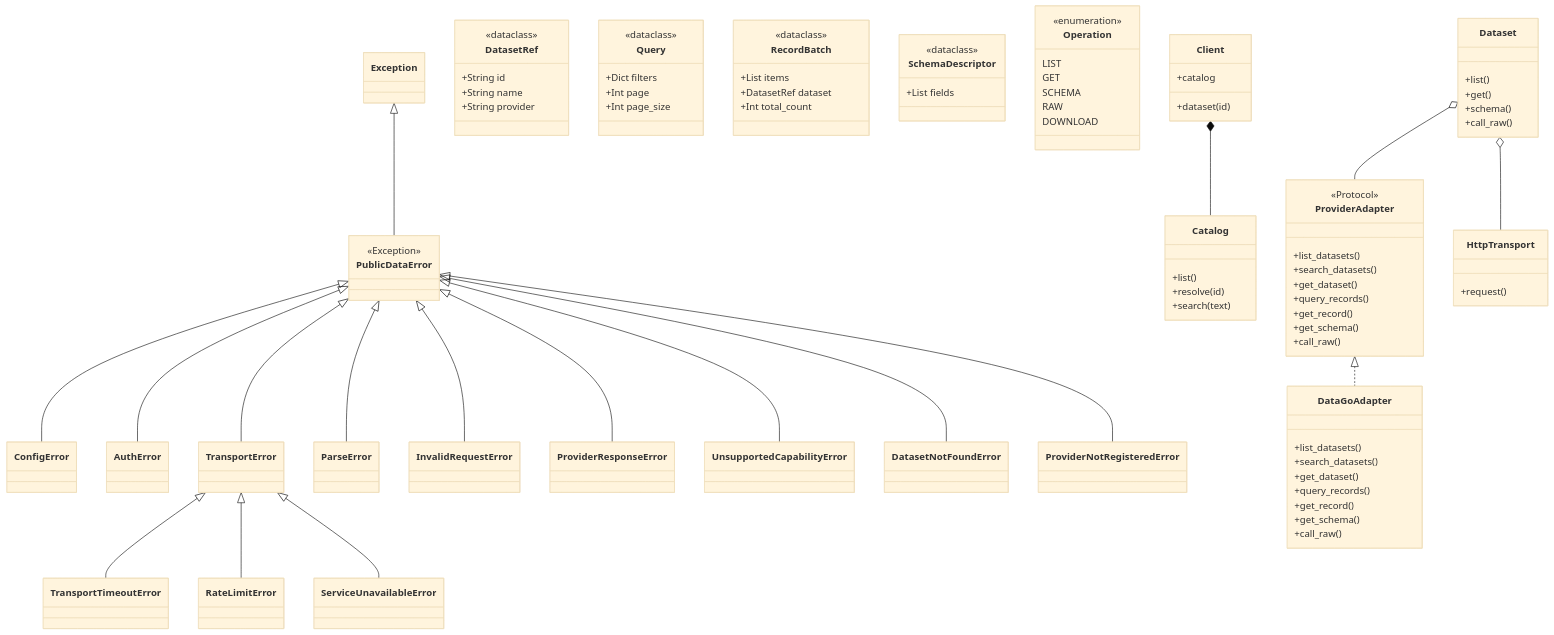
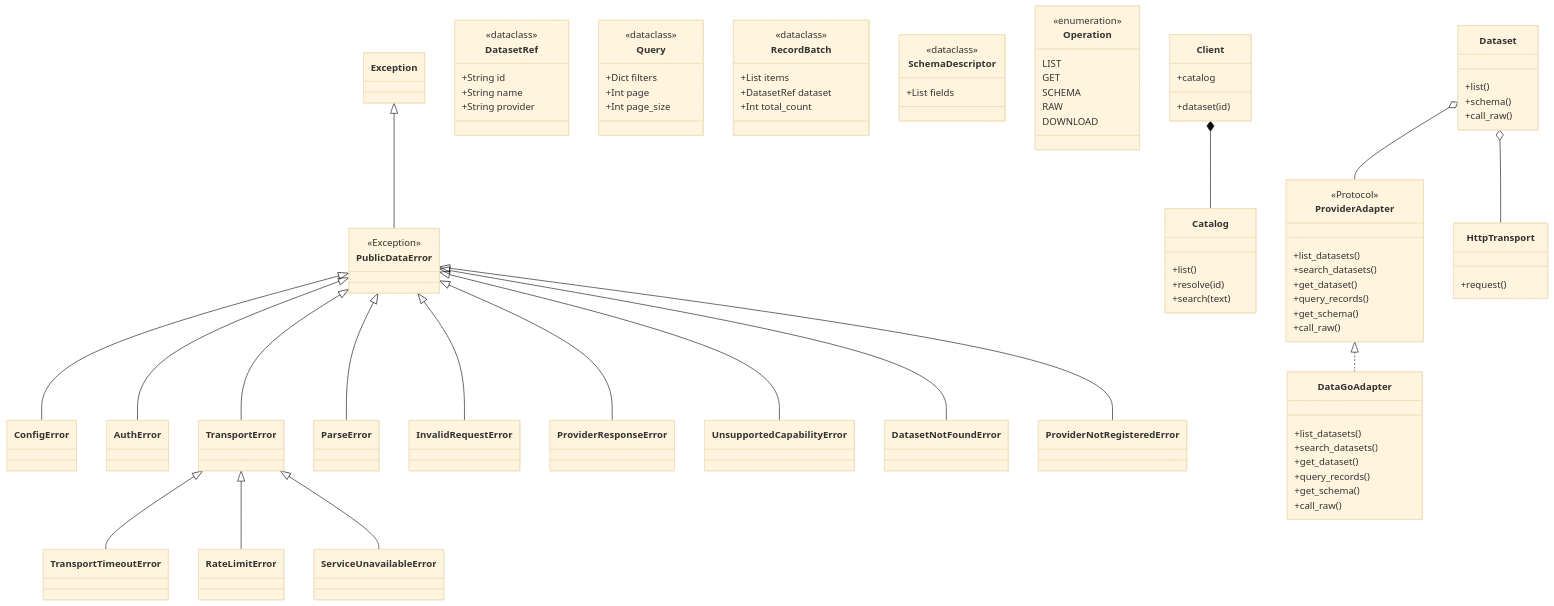
The third of 9 diagrams in docs/architecture-diagrams.md (yeongseon/kpubdata), drawn with Mermaid (base theme) before and after one commit. The commit also changed other lines of this file and 35 other files, not shown here.

First line of the commit message:
Add to_pandas(), remove get_record stubs, update docs for v0.2.0

```diff
--- a/docs/architecture-diagrams.md
+++ b/docs/architecture-diagrams.md
@@ -218,7 +218,6 @@
         +search_datasets()
         +get_dataset()
         +query_records()
-        +get_record()
         +get_schema()
         +call_raw()
     }
@@ -227,7 +226,6 @@
         +search_datasets()
         +get_dataset()
         +query_records()
-        +get_record()
         +get_schema()
         +call_raw()
     }
@@ -244,7 +242,6 @@
     }
     class Dataset {
         +list()
-        +get()
         +schema()
         +call_raw()
     }
```
